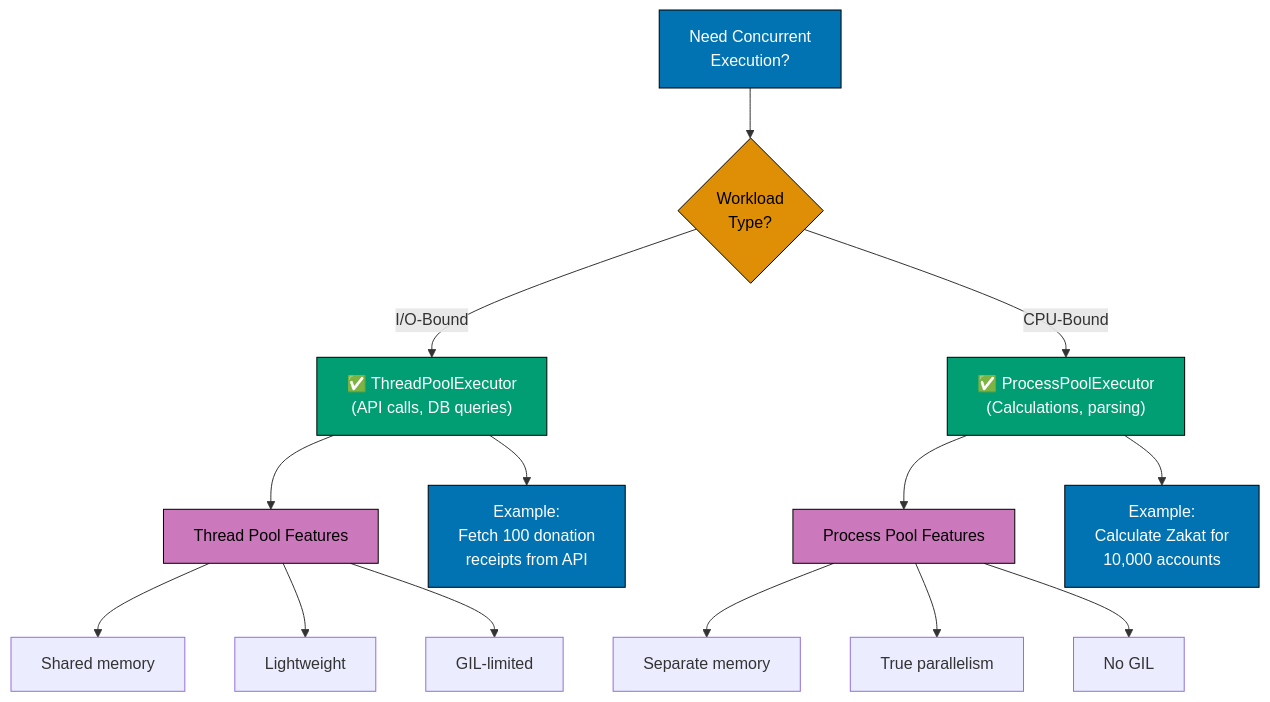
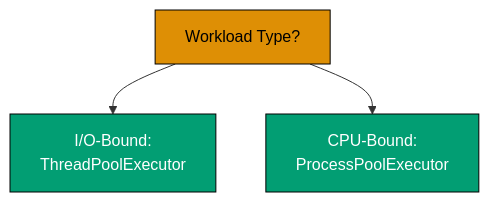
The sixth of 8 diagrams in docs/explanation/software-engineering/programming-languages/python/concurrency-and-parallelism.md (wahidyankf/ose-primer), drawn with Mermaid before and after one commit. The commit also changed other lines of this file and 12 other files, not shown here.

Commit message:
fix(docs): fix mermaid violations in python/ docs (batch 2/10)

````diff
--- a/docs/explanation/software-engineering/programming-languages/python/concurrency-and-parallelism.md
+++ b/docs/explanation/software-engineering/programming-languages/python/concurrency-and-parallelism.md
@@ -475,29 +444,11 @@
 ```mermaid
 %% Color Palette: Blue #0173B2, Orange #DE8F05, Teal #029E73, Purple #CC78BC
 %% All colors are color-blind friendly and meet WCAG AA contrast standards
 
 graph TD
-    A["Need Concurrent<br/>Execution?"]:::blue --> B{"Workload<br/>Type?"}:::orange
+    A["Workload Type?"]:::orange --> B["I/O-Bound:<br/>ThreadPoolExecutor"]:::teal
+    A --> C["CPU-Bound:<br/>ProcessPoolExecutor"]:::teal
 
-    B -->|"I/O-Bound"| C["✅ ThreadPoolExecutor<br/>(API calls, DB queries)"]:::teal
-    B -->|"CPU-Bound"| D["✅ ProcessPoolExecutor<br/>(Calculations, parsing)"]:::teal
-
-    C --> E["Thread Pool Features"]:::purple
-    D --> F["Process Pool Features"]:::purple
-
-    E --> E1["Shared memory"]
-    E --> E2["Lightweight"]
-    E --> E3["GIL-limited"]
-
-    F --> F1["Separate memory"]
-    F --> F2["True parallelism"]
-    F --> F3["No GIL"]
-
-    C --> Ex1["Example:<br/>Fetch 100 donation<br/>receipts from API"]:::blue
-    D --> Ex2["Example:<br/>Calculate Zakat for<br/>10,000 accounts"]:::blue
-
-    classDef blue fill:#0173B2,stroke:#000,color:#fff
     classDef orange fill:#DE8F05,stroke:#000,color:#000
     classDef teal fill:#029E73,stroke:#000,color:#fff
-    classDef purple fill:#CC78BC,stroke:#000,color:#000
 ```
````
